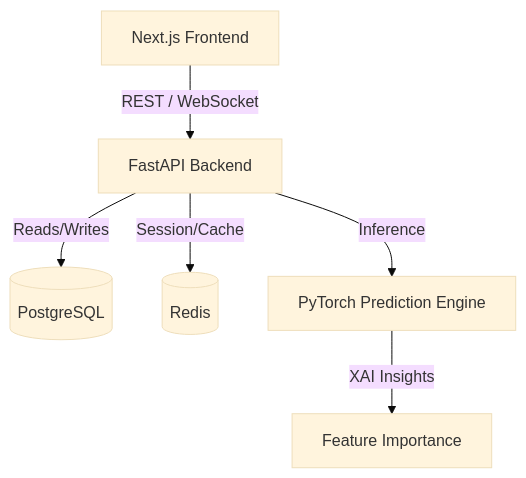
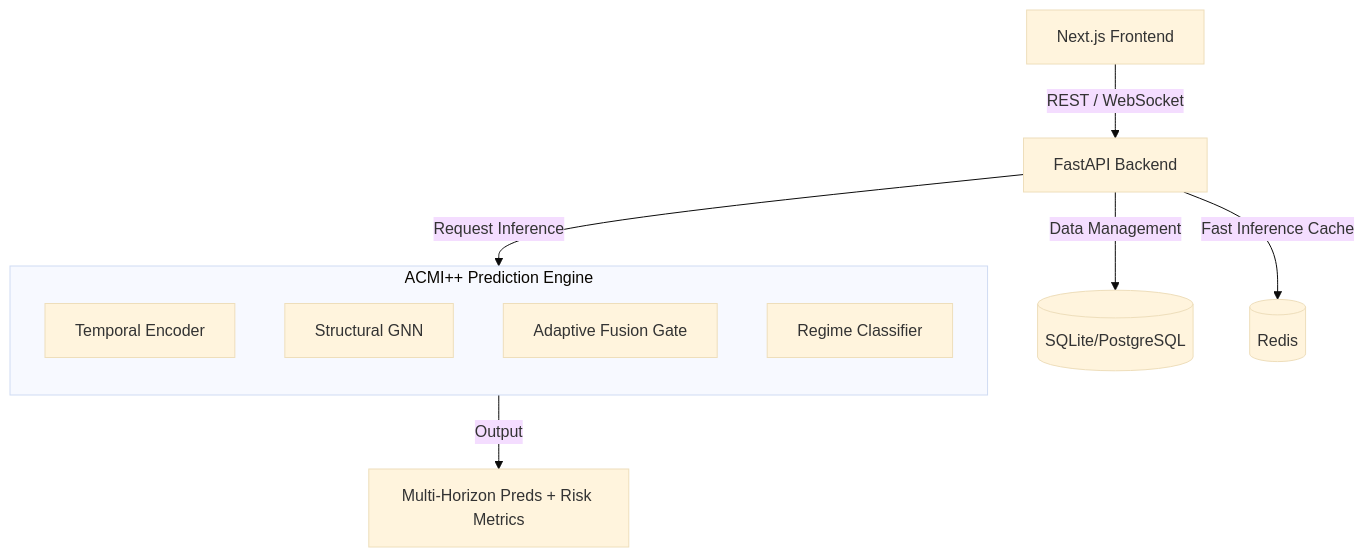
The diagram in README.md (AnishGrandhe29/stock-market-prediction), drawn with Mermaid (base theme) before and after one commit. The commit also changed other lines of this file and 9 other files, not shown here.

Commit message:
Fixed Charts

````diff
--- a/README.md
+++ b/README.md
@@ -23,8 +28,17 @@
 ```mermaid
 graph TD;
     Client[Next.js Frontend] -->|REST / WebSocket| API[FastAPI Backend]
-    API -->|Reads/Writes| DB[(PostgreSQL)]
-    API -->|Session/Cache| Redis[(Redis)]
-    API -->|Inference| Model[PyTorch Prediction Engine]
-    Model -->|XAI Insights| SHAP[Feature Importance]
+    API -->|Data Management| DB[(SQLite/PostgreSQL)]
+    API -->|Fast Inference Cache| Redis[(Redis)]
+    
+    subgraph Engine [ACMI++ Prediction Engine]
+        direction TB
+        TCN[Temporal Encoder]
+        GNN[Structural GNN]
+        Fuse[Adaptive Fusion Gate]
+        Regime[Regime Classifier]
+    end
+    
+    API -->|Request Inference| Engine
+    Engine -->|Output| Res[Multi-Horizon Preds + Risk Metrics]
 ```
````
